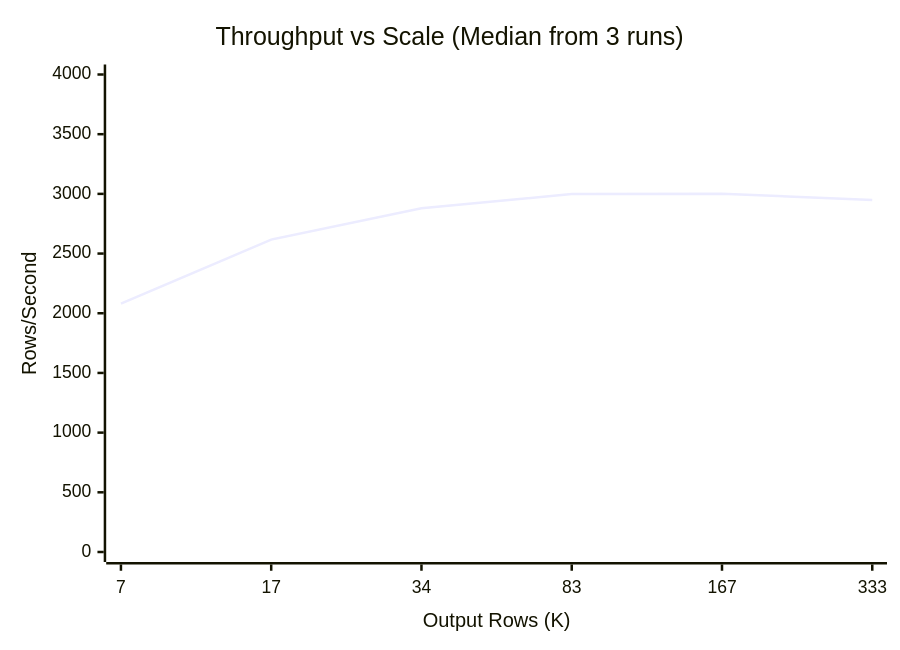
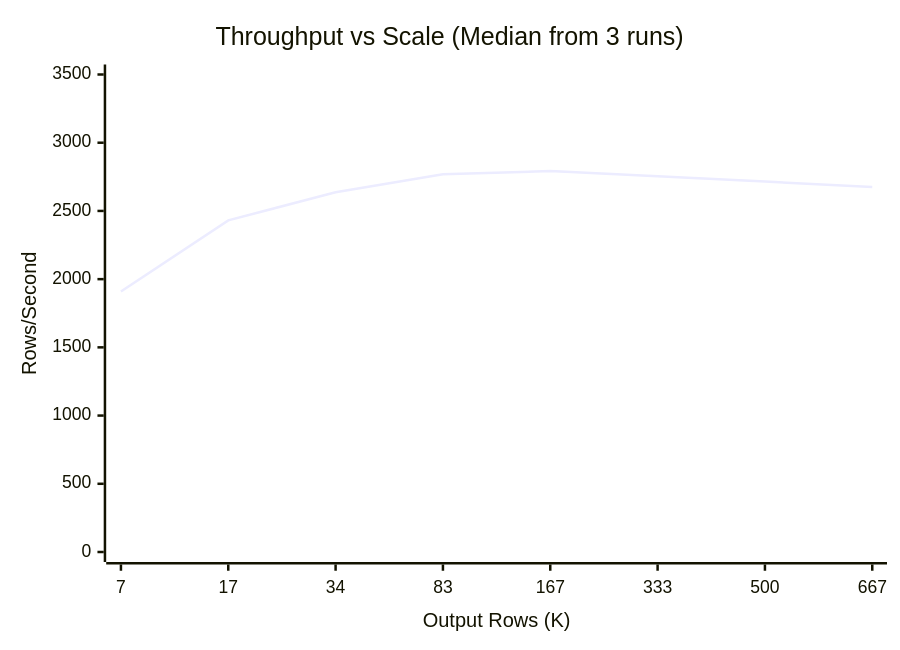
The second of 3 diagrams in docs/benchmarks/OCP_ON_AWS_BENCHMARK_RESULTS.md (jordigilh/poc-parquet-aggregator), drawn with Mermaid before and after one commit. The commit also changed other lines of this file, not shown here.

````diff
--- a/docs/benchmarks/OCP_ON_AWS_BENCHMARK_RESULTS.md
+++ b/docs/benchmarks/OCP_ON_AWS_BENCHMARK_RESULTS.md
@@ -152,7 +160,7 @@
 ```mermaid
 xychart-beta
     title "Throughput vs Scale (Median from 3 runs)"
-    x-axis "Output Rows (K)" [7, 17, 34, 83, 167, 333]
-    y-axis "Rows/Second" 0 --> 4000
-    line [2080, 2617, 2879, 2998, 3001, 2949]
+    x-axis "Output Rows (K)" [7, 17, 34, 83, 167, 333, 500, 667]
+    y-axis "Rows/Second" 0 --> 3500
+    line [1909, 2431, 2637, 2769, 2792, 2755, 2715, 2675]
 ```
````
